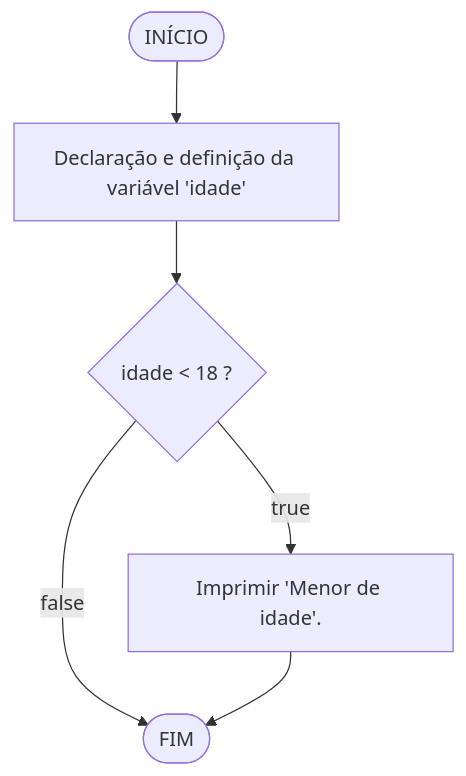
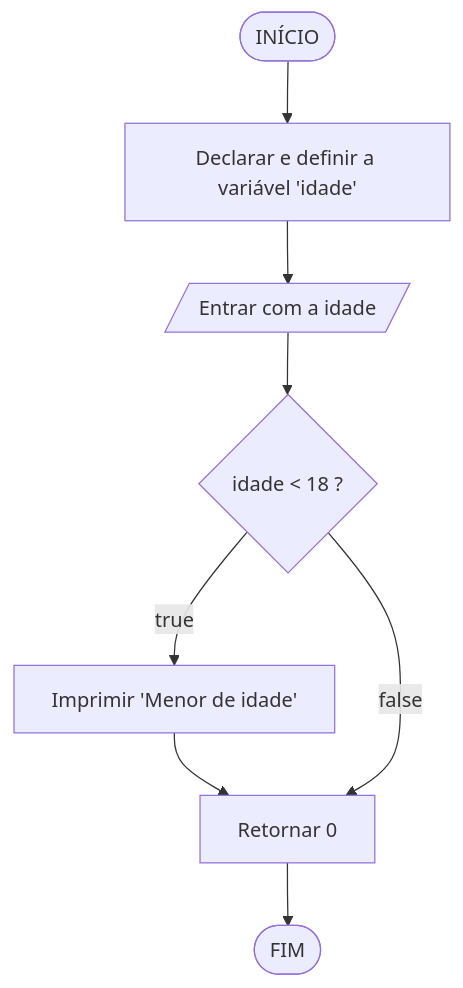
Before and after one commit to eduardo-ono/Introducao-a-Programacao: the diagram in conteudo/07-estruturas-de-selecao/if/README.md, drawn with Mermaid. The commit also changed other lines of this file, not shown here.

Commit message:
conteudo/ atualizado

````diff
--- a/conteudo/07-estruturas-de-selecao/if/README.md
+++ b/conteudo/07-estruturas-de-selecao/if/README.md
@@ -34,8 +39,10 @@
   ```mermaid
   flowchart TD
-  INICIO([INÍCIO]) --> I1[Declaração e definição da variável 'idade']
-  I1 --> C{idade < 18 ?}
-  C --> |true| OUTPUT[Imprimir 'Menor de idade'.]
-  C --> |false| FIM([FIM])
-  OUTPUT --> FIM
+  INICIO([INÍCIO]) --> I1[Declarar e definir a variável 'idade']
+  I1 --> INPUT[/Entrar com a idade/]
+  INPUT --> C{idade < 18 ?}
+  C --> |true| OUTPUT[Imprimir 'Menor de idade']
+  OUTPUT --> RETURN[Retornar 0]
+  C --> |false| RETURN
+  RETURN --> FIM([FIM])
   ```
````
